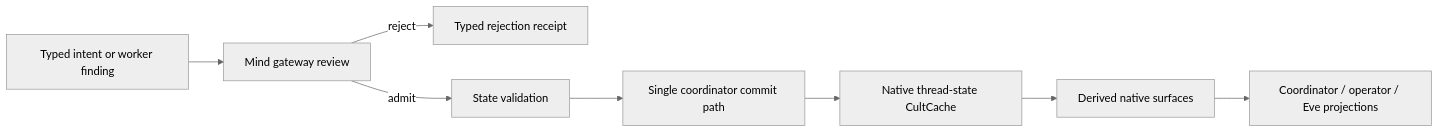
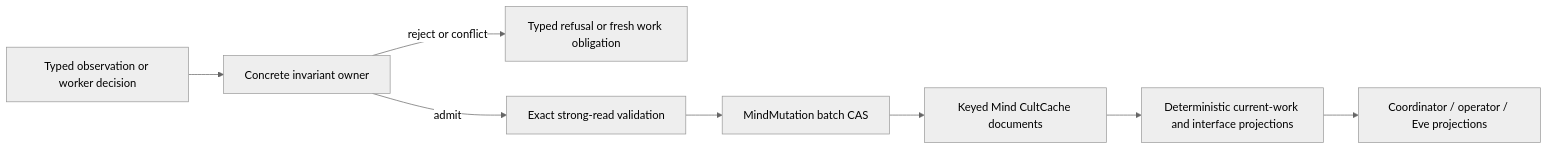
The first of 3 diagrams in notes/epiphany-current-algorithmic-map.md (GameCult/Epiphany), drawn with Mermaid (neutral theme) before and after one commit. The commit also changed other lines of this file and 4 other files, not shown here.

````diff
--- a/notes/epiphany-current-algorithmic-map.md
+++ b/notes/epiphany-current-algorithmic-map.md
@@ -380,10 +380,10 @@
 ```mermaid
 flowchart LR
-    I["Typed intent or worker finding"] --> G["Mind gateway review"]
-    G -->|reject| R["Typed rejection receipt"]
-    G -->|admit| V["State validation"]
-    V --> C["Single coordinator commit path"]
-    C --> S["Native thread-state CultCache"]
-    S --> P["Derived native surfaces"]
+    I["Typed observation or worker decision"] --> G["Concrete invariant owner"]
+    G -->|reject or conflict| R["Typed refusal or fresh work obligation"]
+    G -->|admit| V["Exact strong-read validation"]
+    V --> C["MindMutation batch CAS"]
+    C --> S["Keyed Mind CultCache documents"]
+    S --> P["Deterministic current-work and interface projections"]
     P --> O["Coordinator / operator / Eve projections"]
 ```
````
